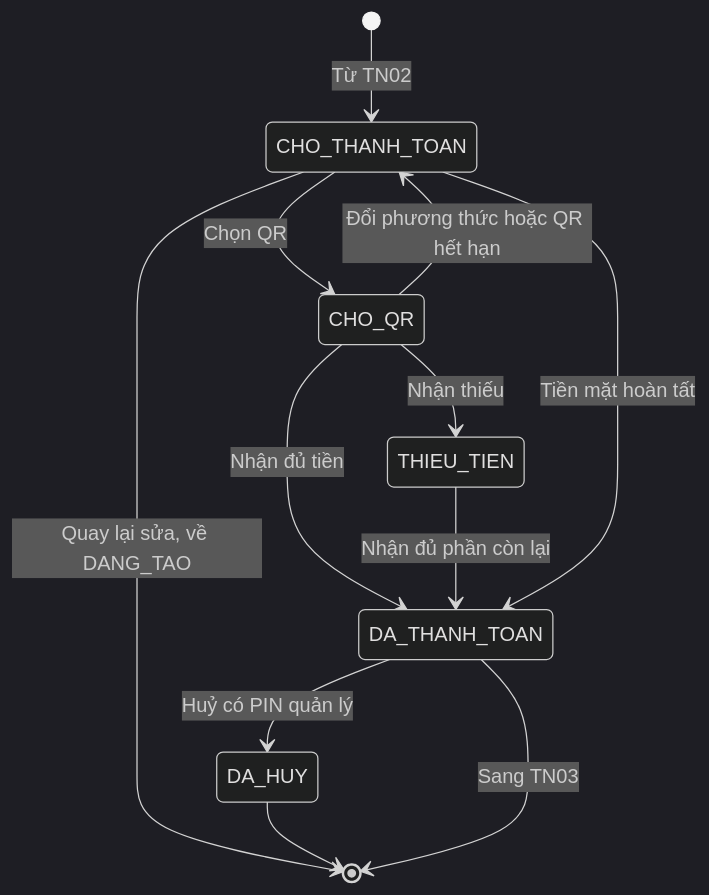
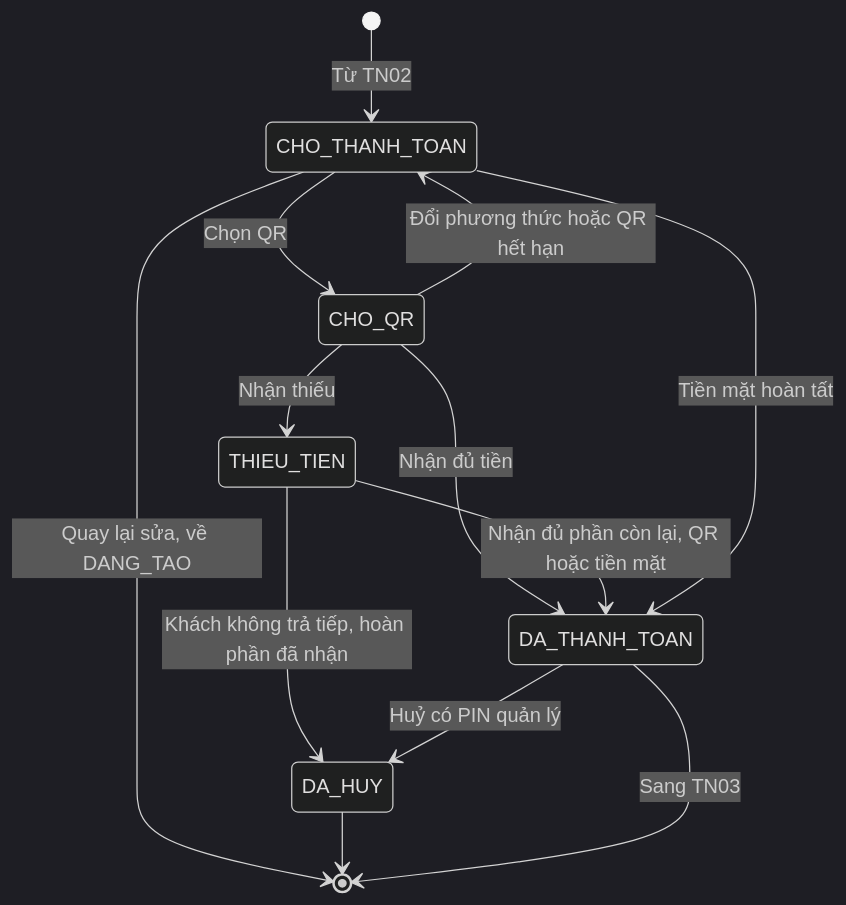
The first of 6 diagrams in docs/TN04-thanh-toan-in-bill/SRS.md (uxfoundation-vn/de06-quan-ly-don-tra-sua), drawn with Mermaid (dark theme) before and after one commit. The commit also changed other lines of this file and 3 other files, not shown here.

````diff
--- a/docs/TN04-thanh-toan-in-bill/SRS.md
+++ b/docs/TN04-thanh-toan-in-bill/SRS.md
@@ -50,14 +50,15 @@
 ```mermaid
 stateDiagram-v2
   [*] --> CHO_THANH_TOAN : Từ TN02
   CHO_THANH_TOAN --> CHO_QR : Chọn QR
   CHO_QR --> DA_THANH_TOAN : Nhận đủ tiền
   CHO_QR --> THIEU_TIEN : Nhận thiếu
-  THIEU_TIEN --> DA_THANH_TOAN : Nhận đủ phần còn lại
+  THIEU_TIEN --> DA_THANH_TOAN : Nhận đủ phần còn lại, QR hoặc tiền mặt
+  THIEU_TIEN --> DA_HUY : Khách không trả tiếp, hoàn phần đã nhận
   CHO_QR --> CHO_THANH_TOAN : Đổi phương thức hoặc QR hết hạn
   CHO_THANH_TOAN --> DA_THANH_TOAN : Tiền mặt hoàn tất
   CHO_THANH_TOAN --> [*] : Quay lại sửa, về DANG_TAO
   DA_THANH_TOAN --> DA_HUY : Huỷ có PIN quản lý
   DA_HUY --> [*]
   DA_THANH_TOAN --> [*] : Sang TN03
 ```
````
